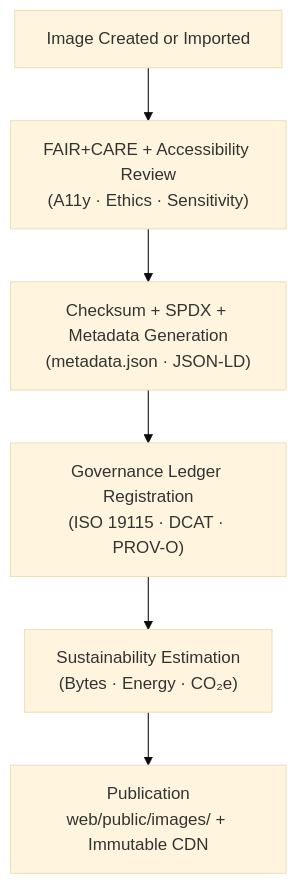
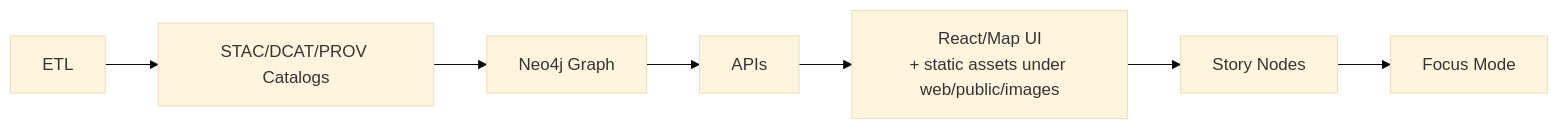
Before and after one commit to bartytime4life/Kansas-Frontier-Matrix: the first of 2 diagrams in web/public/images/README.md, drawn with Mermaid (base theme). The commit also changed other lines of this file, not shown here.

```diff
--- a/web/public/images/README.md
+++ b/web/public/images/README.md
@@ -138,8 +153,9 @@
 ~~~mermaid
-flowchart TD
-    A["Image Created or Imported"] --> B["FAIR+CARE + Accessibility Review<br/>(A11y · Ethics · Sensitivity)"]
-    B --> C["Checksum + SPDX + Metadata Generation<br/>(metadata.json · JSON-LD)"]
-    C --> D["Governance Ledger Registration<br/>(ISO 19115 · DCAT · PROV-O)"]
-    D --> E["Sustainability Estimation<br/>(Bytes · Energy · CO₂e)"]
-    E --> F["Publication<br/>web/public/images/ + Immutable CDN"]
+flowchart LR
+  A[ETL] --> B[STAC/DCAT/PROV Catalogs]
+  B --> C[Neo4j Graph]
+  C --> D[APIs]
+  D --> E[React/Map UI<br/>+ static assets under web/public/images]
+  E --> F[Story Nodes]
+  F --> G[Focus Mode]
 ~~~
```
